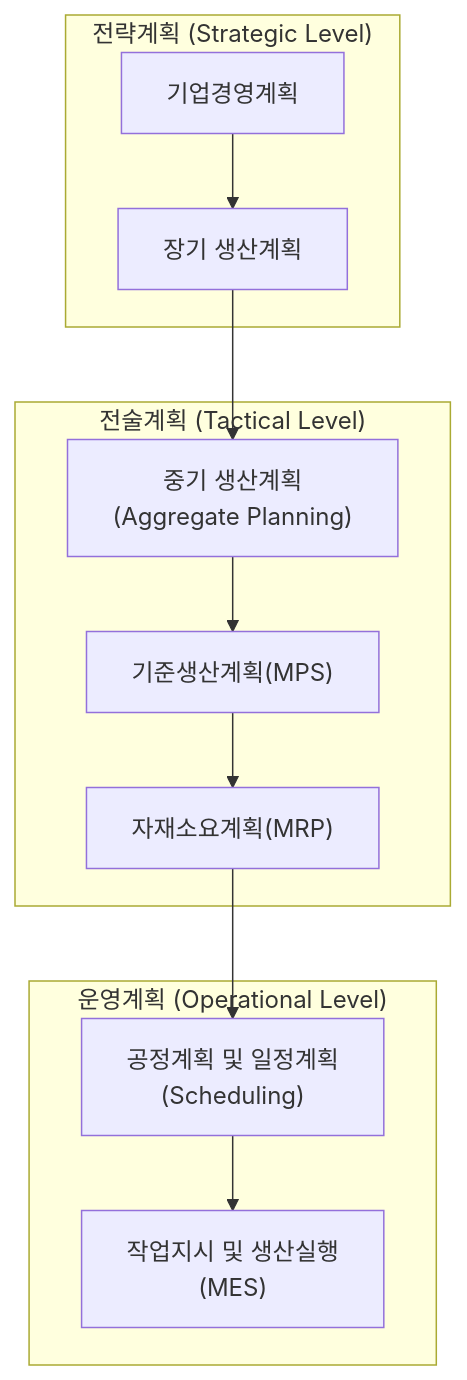
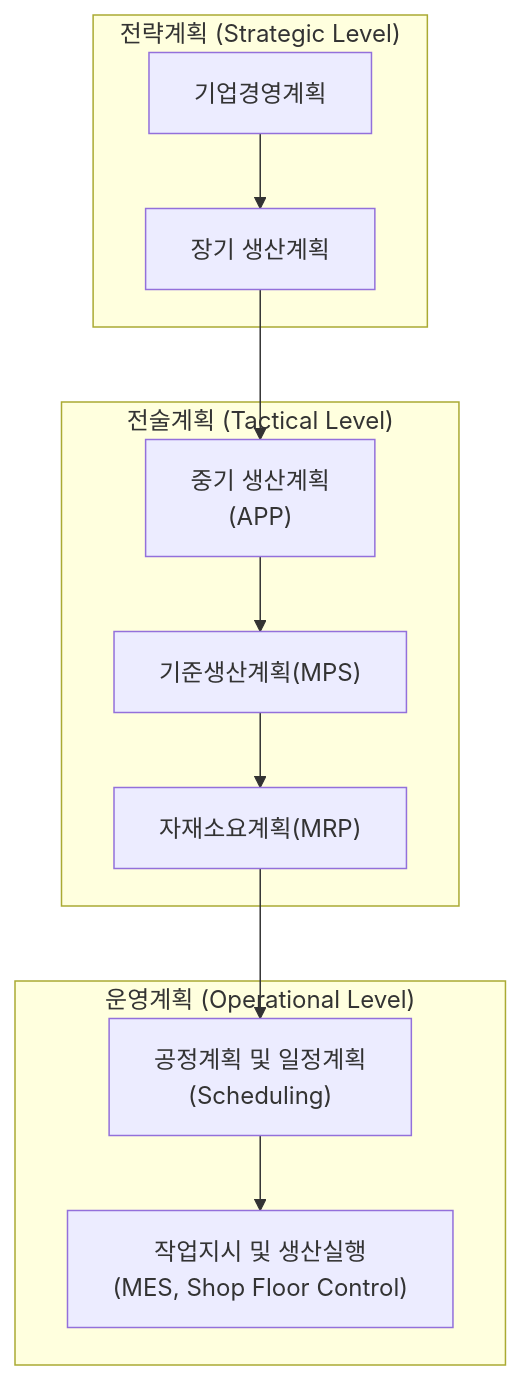
The first of 2 diagrams in docs/0301_production_planning.md (yeonkyupark/pepc3e), drawn with Mermaid before and after one commit. The commit also changed other lines of this file, not shown here.

````diff
--- a/docs/0301_production_planning.md
+++ b/docs/0301_production_planning.md
@@ -11,21 +11,21 @@
 ```mermaid
 flowchart TD
 
     subgraph S1["전략계획 (Strategic Level)"]
         A["기업경영계획"]
         B["장기 생산계획"]
     end
 
     subgraph S2["전술계획 (Tactical Level)"]
-        C["중기 생산계획<br/>(Aggregate Planning)"]
+        C["중기 생산계획<br/>(APP)"]
         D["기준생산계획(MPS)"]
         E["자재소요계획(MRP)"]
     end
 
     subgraph S3["운영계획 (Operational Level)"]
         F["공정계획 및 일정계획<br/>(Scheduling)"]
-        G["작업지시 및 생산실행<br/>(MES)"]
+        G["작업지시 및 생산실행<br/>(MES, Shop Floor Control)"]
     end
 
     A --> B --> C --> D --> E --> F --> G
 ```
````
